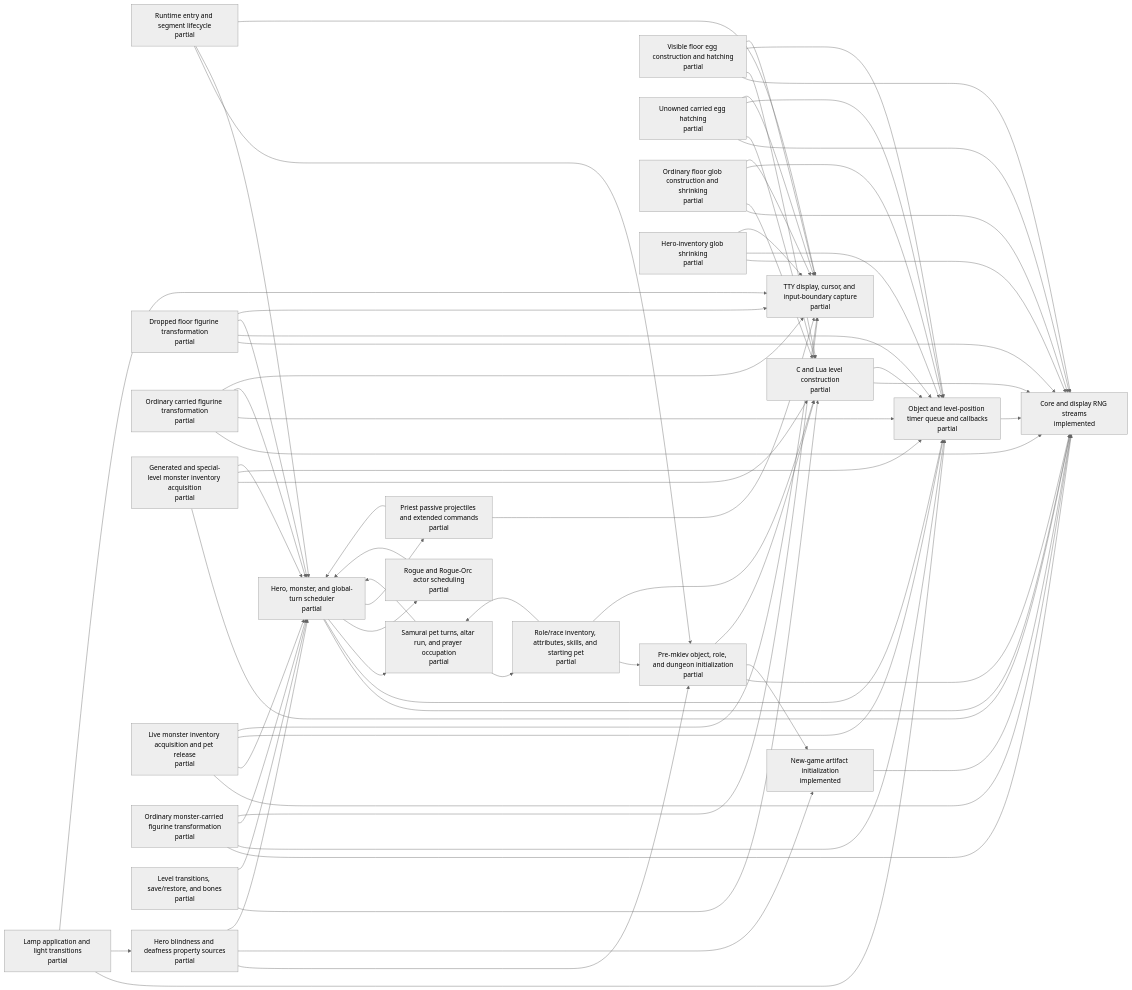
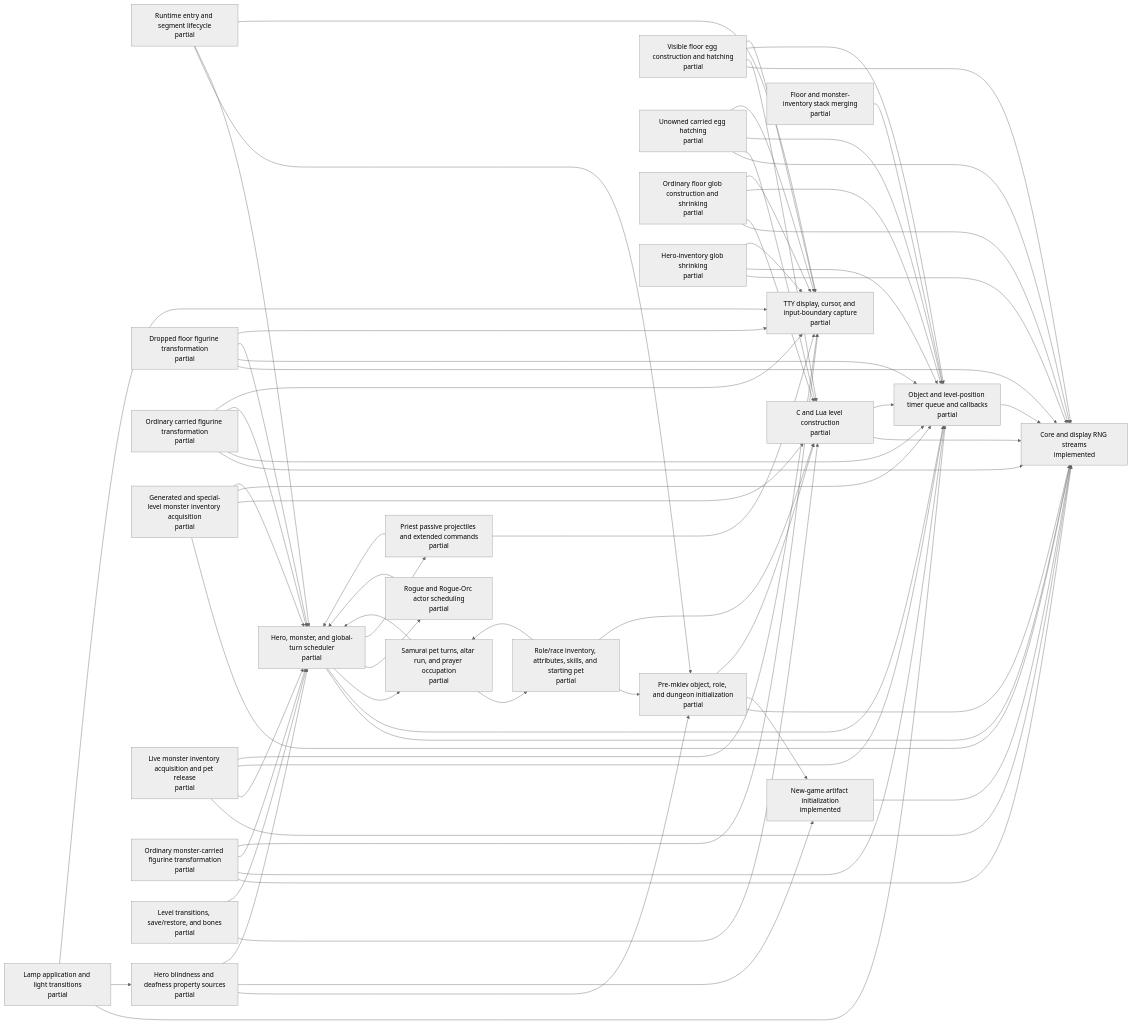
The diagram in docs/architecture/c-lua-ownership.generated.md (daoa0601/teleport-contest), drawn with Mermaid (neutral theme) before and after one commit. The commit also changed other lines of this file and 3 other files, not shown here.

```diff
--- a/docs/architecture/c-lua-ownership.generated.md
+++ b/docs/architecture/c-lua-ownership.generated.md
@@ -26,6 +26,7 @@
     n_carried_figurine_transform["Ordinary carried figurine transformation<br/>partial"]
     n_generated_monster_inventory["Generated and special-level monster inventory acquisition<br/>partial"]
     n_runtime_monster_inventory_acquisition["Live monster inventory acquisition and pet release<br/>partial"]
+    n_object_stack_merging["Floor and monster-inventory stack merging<br/>partial"]
     n_monster_figurine_transform["Ordinary monster-carried figurine transformation<br/>partial"]
     n_timed_lamp_application["Lamp application and light transitions<br/>partial"]
     n_turn_scheduler["Hero, monster, and global-turn scheduler<br/>partial"]
@@ -81,6 +82,7 @@
     n_runtime_monster_inventory_acquisition --> n_turn_scheduler
     n_runtime_monster_inventory_acquisition --> n_object_timer_queue
     n_runtime_monster_inventory_acquisition --> n_tty_display
+    n_object_stack_merging --> n_object_timer_queue
     n_monster_figurine_transform --> n_rng_core
     n_monster_figurine_transform --> n_object_timer_queue
     n_monster_figurine_transform --> n_turn_scheduler
```
